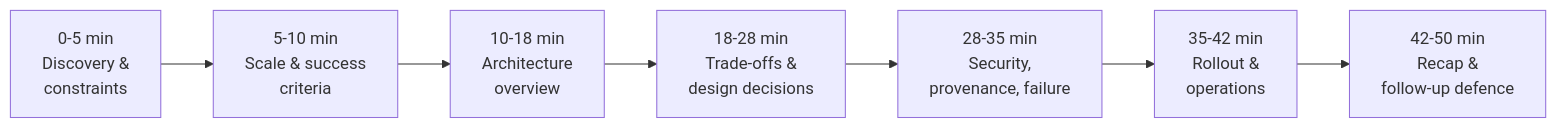
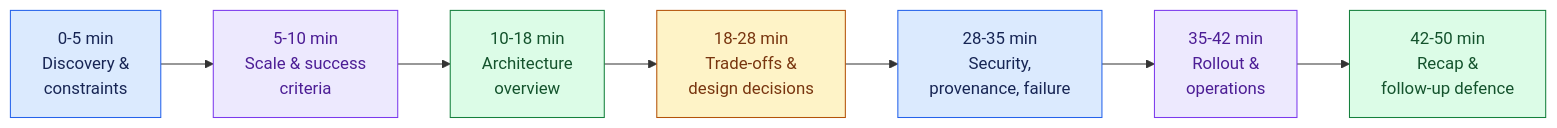
Before and after one commit to Sourav692/Forward-Deployed-Engineer-Interview-Prep: the diagram in 02_System_Design_Case_Studies/Standalone_Designs/19_Air_Gapped_AI_System/3_Tutorial/19_Tutorial_Part_7.md, drawn with Mermaid. The commit also changed 1268 other files, not shown here.

First line of the commit message:
content: polish Casebook writing and Mermaid diagrams (#251)

````diff
--- a/02_System_Design_Case_Studies/Standalone_Designs/19_Air_Gapped_AI_System/3_Tutorial/19_Tutorial_Part_7.md
+++ b/02_System_Design_Case_Studies/Standalone_Designs/19_Air_Gapped_AI_System/3_Tutorial/19_Tutorial_Part_7.md
@@ -18,9 +18,19 @@
 ```mermaid
 flowchart LR
     A["0-5 min<br/>Discovery &<br/>constraints"] --> B["5-10 min<br/>Scale & success<br/>criteria"]
     B --> C["10-18 min<br/>Architecture<br/>overview"]
     C --> D["18-28 min<br/>Trade-offs &<br/>design decisions"]
     D --> E["28-35 min<br/>Security,<br/>provenance, failure"]
     E --> F["35-42 min<br/>Rollout &<br/>operations"]
     F --> G["42-50 min<br/>Recap &<br/>follow-up defence"]
+
+    %% Casebook colours: entry, reasoning, results, controls, and stopped paths.
+    classDef cbInput fill:#dbeafe,stroke:#2563eb,color:#172554
+    class A,E cbInput
+    classDef cbReason fill:#ede9fe,stroke:#7c3aed,color:#4c1d95
+    class B,F cbReason
+    classDef cbAction fill:#dcfce7,stroke:#15803d,color:#14532d
+    class C,G cbAction
+    classDef cbPolicy fill:#fef3c7,stroke:#b45309,color:#78350f
+    class D cbPolicy
 ```
````
